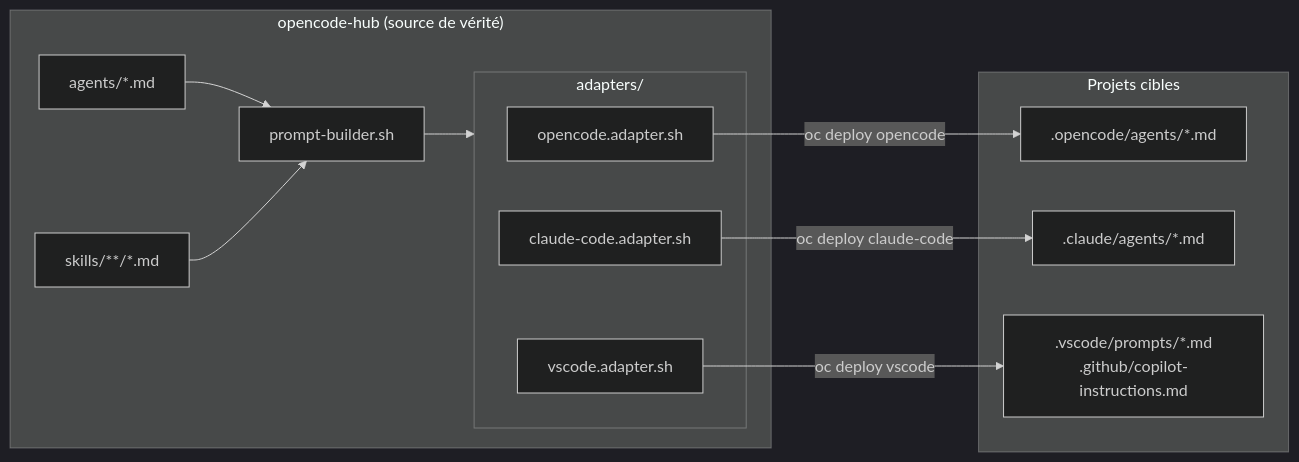
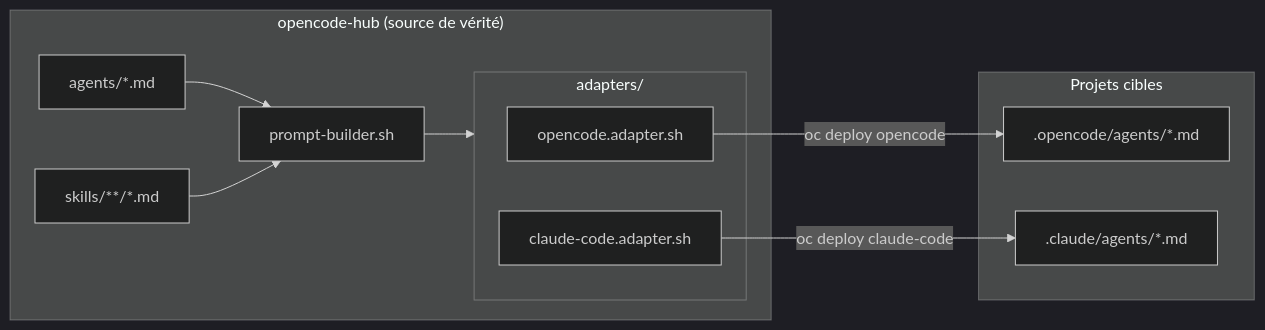
One commit to datichb/opencode-hub changed the first of 3 diagrams in docs/architecture/overview.md. Above: the diagram before and after it, drawn with Mermaid (dark theme). The commit also changed other lines of this file and 56 other files, not shown here.

````diff
--- a/docs/architecture/overview.md
+++ b/docs/architecture/overview.md
@@ -46,19 +46,17 @@
 ```mermaid
 flowchart LR
     subgraph HUB["opencode-hub (source de vérité)"]
         A[agents/*.md] --> PB[prompt-builder.sh]
         S[skills/**/*.md] --> PB
         PB --> ADP
         subgraph ADP["adapters/"]
             OC[opencode.adapter.sh]
             CC[claude-code.adapter.sh]
-            VS[vscode.adapter.sh]
         end
     end
 
     subgraph PROJETS["Projets cibles"]
         OC -->|oc deploy opencode| P1[".opencode/agents/*.md"]
         CC -->|oc deploy claude-code| P2[".claude/agents/*.md"]
-        VS -->|oc deploy vscode| P3[".vscode/prompts/*.md\n.github/copilot-instructions.md"]
     end
 ```
````
